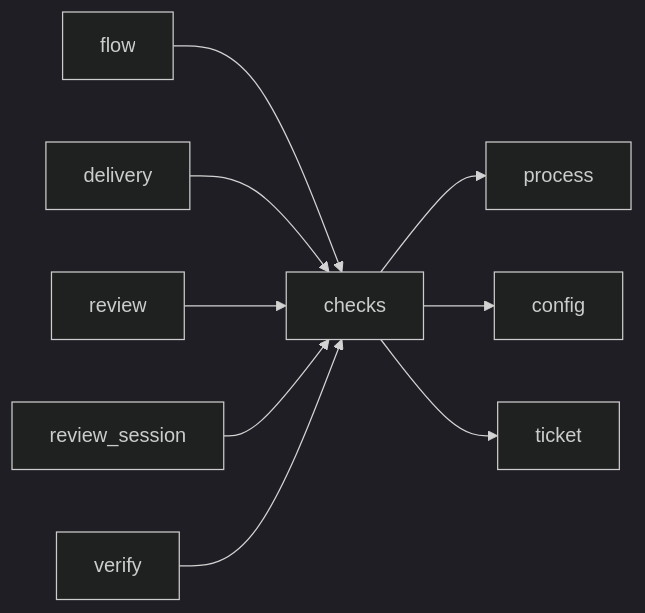
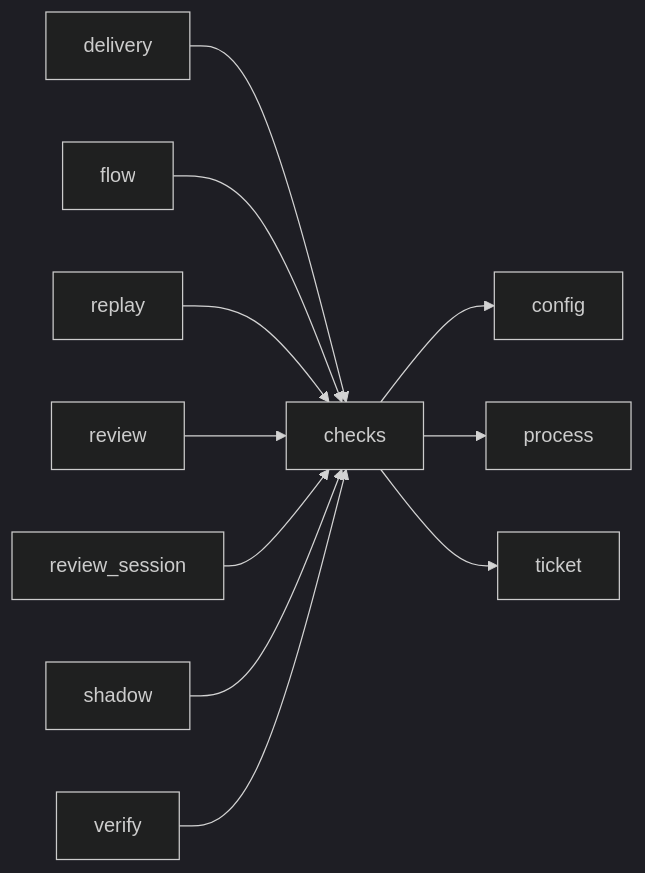
The diagram in docs/architecture/modules/checks.md (plaplanche/ariane), drawn with Mermaid (dark theme) before and after one commit. The commit also changed other lines of this file and 33 other files, not shown here.

Commit message:
#120: Generate the module dependency graphs of the architecture docs from the code (C25)

````diff
--- a/docs/architecture/modules/checks.md
+++ b/docs/architecture/modules/checks.md
@@ -16,11 +17,13 @@
 ```mermaid
 flowchart LR
+  checks --> config
   checks --> process
-  checks --> config
   checks --> ticket
+  delivery --> checks
   flow --> checks
-  delivery --> checks
+  replay --> checks
   review --> checks
   review_session --> checks
+  shadow --> checks
   verify --> checks
 ```
````
